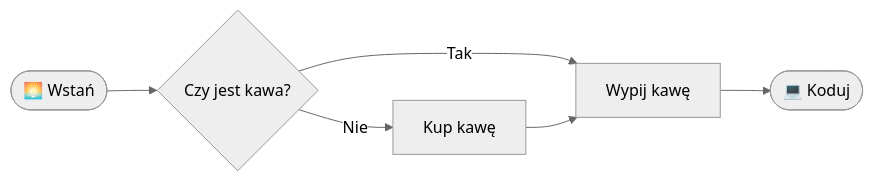
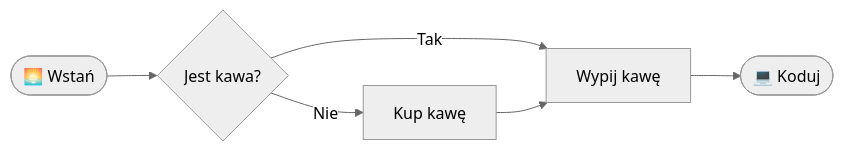
The diagram in readme.md (Xaeian/Markdown), drawn with Mermaid (neutral theme) before and after one commit. The commit also changed other lines of this file, not shown here.

````diff
--- a/readme.md
+++ b/readme.md
@@ -320,8 +320,8 @@
 ```mermaid
 flowchart LR
-  A([🌅 Wstań]) --> B{Czy jest kawa?}
+  A([🌅 Wstań]) --> B{Jest kawa?}
   B -->|Tak| C[Wypij kawę]
   B -->|Nie| D[Kup kawę]
   D --> C
   C --> E([💻 Koduj])
 ```
````
